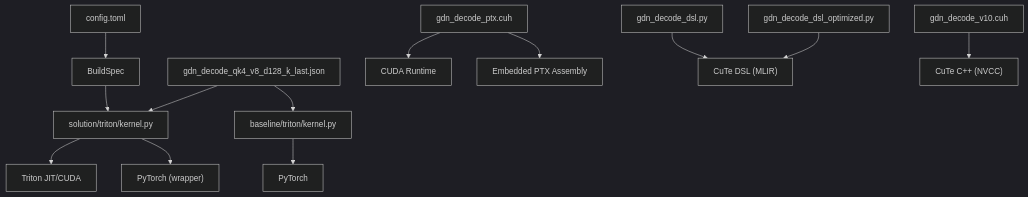
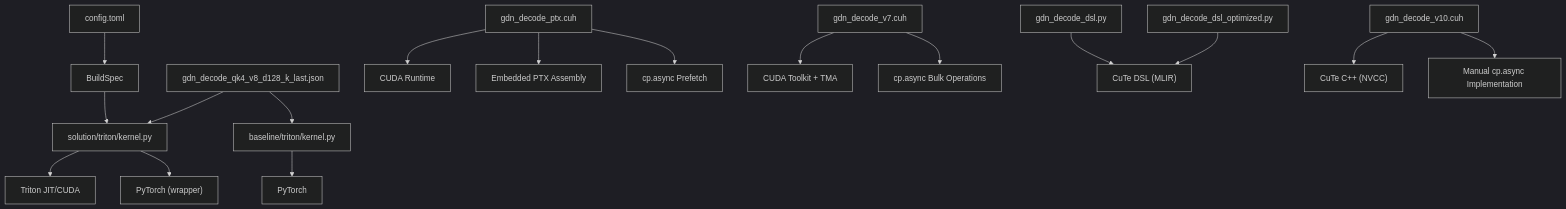
Before and after one commit to gugudeshubao/flashinfer-bench-tma-thrust: the fourth of 4 diagrams in .qoder/repowiki/en/content/Core Kernels/GDN Decode Kernel.md, drawn with Mermaid (dark theme). The commit also changed other lines of this file and 3 other files, not shown here.

````diff
--- a/.qoder/repowiki/en/content/Core Kernels/GDN Decode Kernel.md
+++ b/.qoder/repowiki/en/content/Core Kernels/GDN Decode Kernel.md
@@ -365,15 +430,19 @@
 ```mermaid
 graph TB
 A["solution/triton/kernel.py"] --> B["Triton JIT/CUDA"]
 A --> C["PyTorch (wrapper)"]
 D["baseline/triton/kernel.py"] --> E["PyTorch"]
 F["config.toml"] --> G["BuildSpec"]
 G --> A
 H["gdn_decode_qk4_v8_d128_k_last.json"] --> A
 H --> D
 I["gdn_decode_ptx.cuh"] --> J["CUDA Runtime"]
 I --> K["Embedded PTX Assembly"]
-L["gdn_decode_dsl.py"] --> M["CuTe DSL (MLIR)"]
-N["gdn_decode_dsl_optimized.py"] --> M
-O["gdn_decode_v10.cuh"] --> P["CuTe C++ (NVCC)"]
+I --> L["cp.async Prefetch"]
+M["gdn_decode_v7.cuh"] --> N["CUDA Toolkit + TMA"]
+M --> O["cp.async Bulk Operations"]
+P["gdn_decode_dsl.py"] --> Q["CuTe DSL (MLIR)"]
+R["gdn_decode_dsl_optimized.py"] --> Q
+S["gdn_decode_v10.cuh"] --> T["CuTe C++ (NVCC)"]
+S --> U["Manual cp.async Implementation"]
 ```
````
